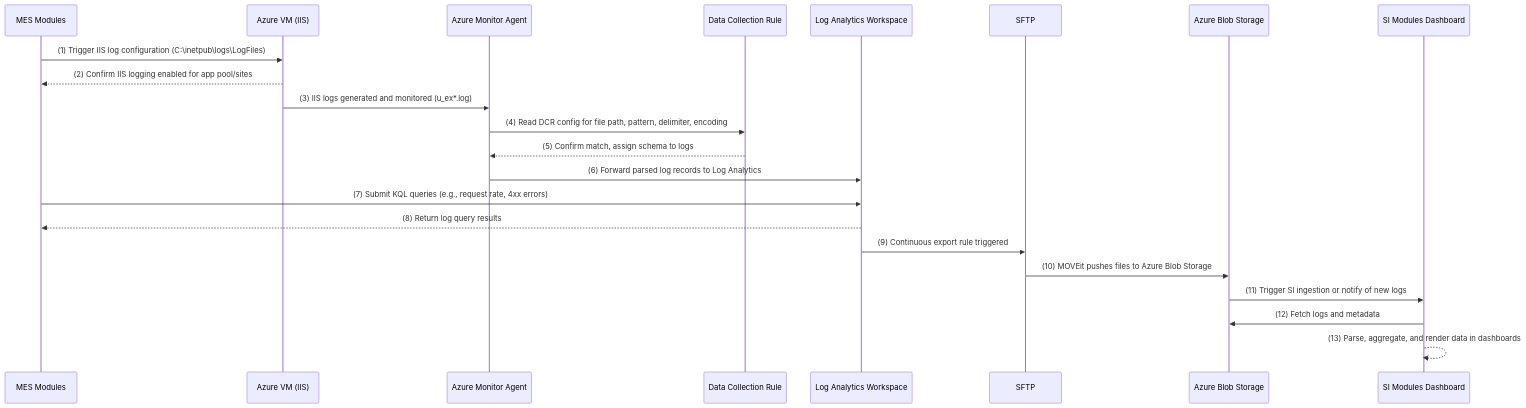
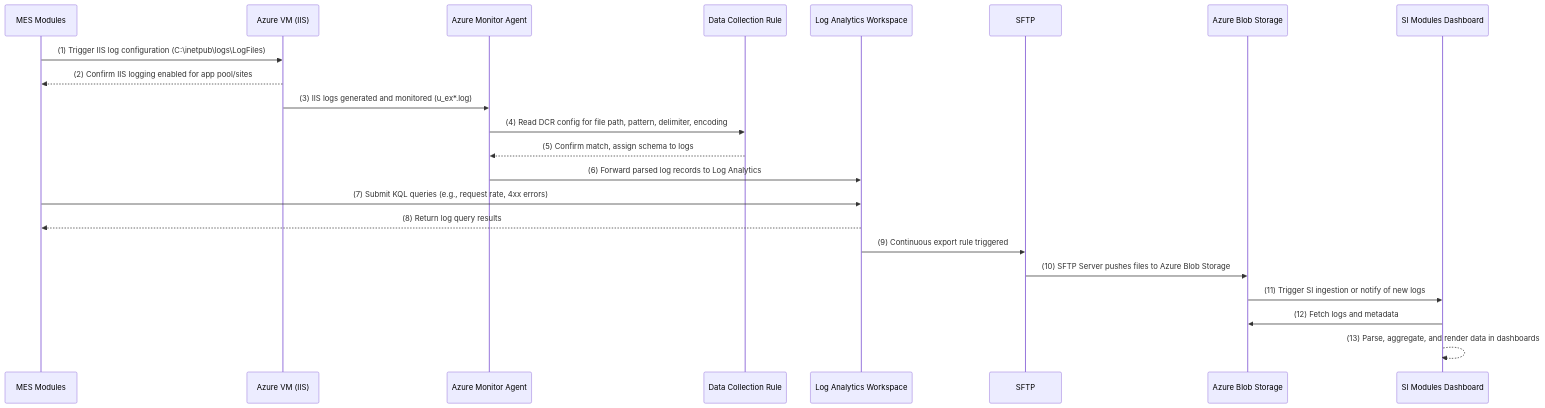
The first of 6 diagrams in README.md (oigbokwe73/Azure-Policy-On-Resource-Group), drawn with Mermaid before and after one commit.

````diff
--- a/README.md
+++ b/README.md
@@ -15,40 +15,40 @@
 ```mermaid
 sequenceDiagram
     participant MES as MES Modules
     participant VM as Azure VM (IIS)
     participant AMA as Azure Monitor Agent
     participant DCR as Data Collection Rule
     participant LAW as Log Analytics Workspace
     participant SFTP as SFTP 
     participant Storage as Azure Blob Storage
     participant SI as SI Modules Dashboard
 
     %% Step 1: Initial log setup
     MES->>VM: (1) Trigger IIS log configuration (C:\inetpub\logs\LogFiles)
     VM-->>MES: (2) Confirm IIS logging enabled for app pool/sites
 
     %% Step 2: Agent watches log folder
     VM->>AMA: (3) IIS logs generated and monitored (u_ex*.log)
 
     %% Step 3: Agent queries Data Collection Rule
     AMA->>DCR: (4) Read DCR config for file path, pattern, delimiter, encoding
     DCR-->>AMA: (5) Confirm match, assign schema to logs
 
     %% Step 4: Send logs to workspace
     AMA->>LAW: (6) Forward parsed log records to Log Analytics
 
     %% Step 5: Query for metrics
     MES->>LAW: (7) Submit KQL queries (e.g., request rate, 4xx errors)
     LAW-->>MES: (8) Return log query results
 
     %% Step 6: Export logs via pipeline
     LAW->>SFTP: (9) Continuous export rule triggered
-    SFTP->>Storage: (10) MOVEit pushes files to Azure Blob Storage
+    SFTP->>Storage: (10) SFTP Server pushes files to Azure Blob Storage
 
     %% Step 7: Storage readiness signal
     Storage->>SI: (11) Trigger SI ingestion or notify of new logs
 
     %% Step 8: Dashboard rendering
     SI->>Storage: (12) Fetch logs and metadata
     SI-->>SI: (13) Parse, aggregate, and render data in dashboards
 ```
````
